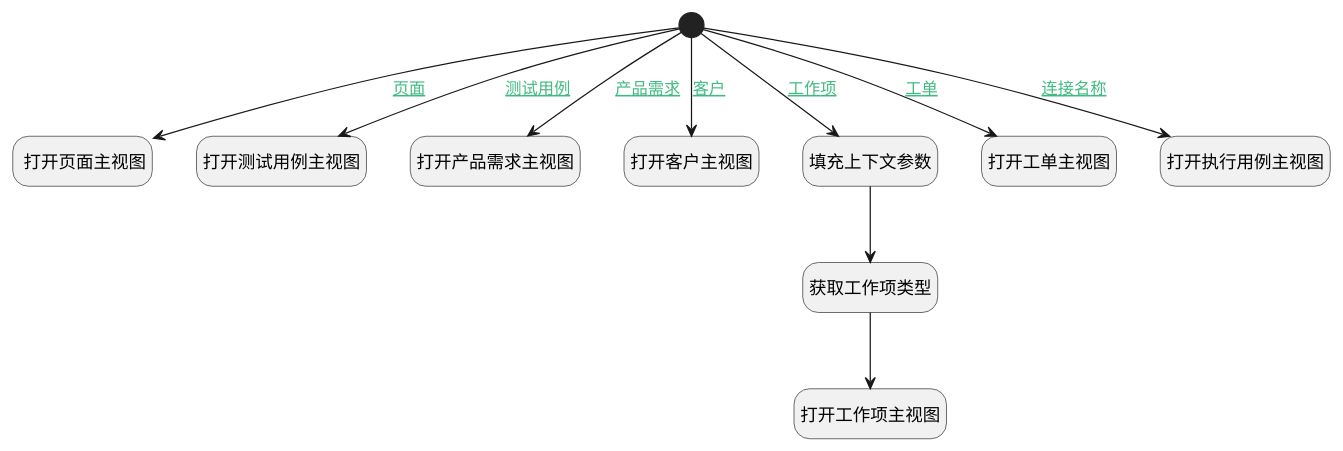
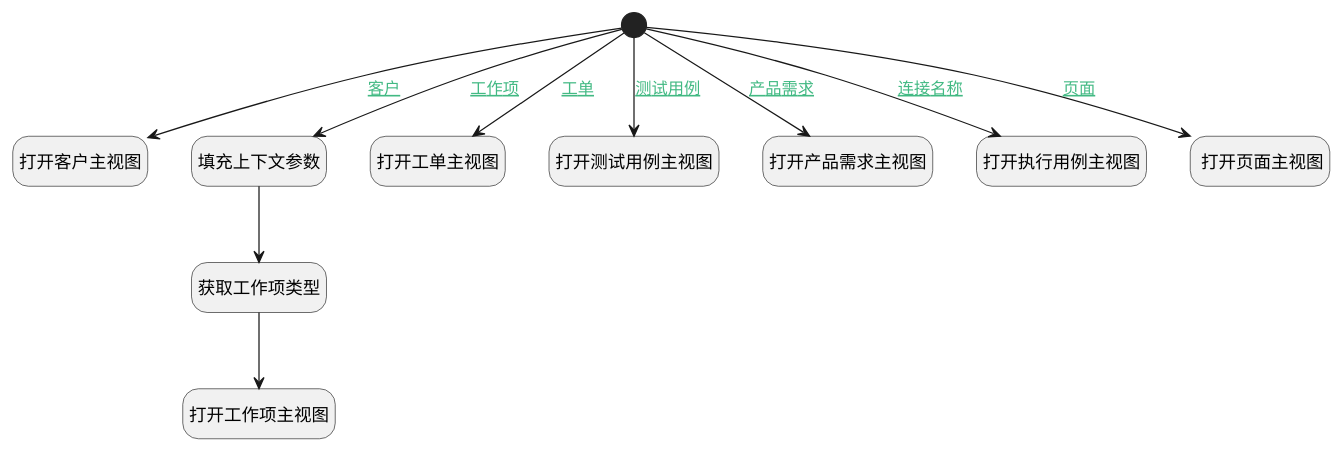
Before and after one commit to iBizLab/plm: the diagram in doc/docsify/module/Base/search_comment/uilogic/open_main_view.md, drawn with PlantUML. The commit also changed other lines of this file and 1276 other files, not shown here.

````diff
--- a/doc/docsify/module/Base/search_comment/uilogic/open_main_view.md
+++ b/doc/docsify/module/Base/search_comment/uilogic/open_main_view.md
@@ -7,35 +7,35 @@
 ```plantuml
 @startuml
 hide footbox
 <style>
 root {
   HyperlinkColor #42b983
 }
 </style>
 
 hide empty description
 state "开始" as Begin <<start>> [[$./open_main_view#begin {开始}]]
-state " 打开页面主视图" as DEUIACTION6  [[$./open_main_view#deuiaction6 { 打开页面主视图}]]
-state "打开工作项主视图" as DEUIACTION1  [[$./open_main_view#deuiaction1 {打开工作项主视图}]]
-state "打开测试用例主视图" as DEUIACTION2  [[$./open_main_view#deuiaction2 {打开测试用例主视图}]]
 state "获取工作项类型" as DEACTION1  [[$./open_main_view#deaction1 {获取工作项类型}]]
-state "打开产品需求主视图" as DEUIACTION3  [[$./open_main_view#deuiaction3 {打开产品需求主视图}]]
 state "打开客户主视图" as DEUIACTION5  [[$./open_main_view#deuiaction5 {打开客户主视图}]]
 state "填充上下文参数" as PREPAREJSPARAM1  [[$./open_main_view#preparejsparam1 {填充上下文参数}]]
 state "打开工单主视图" as DEUIACTION4  [[$./open_main_view#deuiaction4 {打开工单主视图}]]
+state "打开测试用例主视图" as DEUIACTION2  [[$./open_main_view#deuiaction2 {打开测试用例主视图}]]
+state "打开工作项主视图" as DEUIACTION1  [[$./open_main_view#deuiaction1 {打开工作项主视图}]]
+state "打开产品需求主视图" as DEUIACTION3  [[$./open_main_view#deuiaction3 {打开产品需求主视图}]]
 state "打开执行用例主视图" as DEUIACTION7  [[$./open_main_view#deuiaction7 {打开执行用例主视图}]]
+state " 打开页面主视图" as DEUIACTION6  [[$./open_main_view#deuiaction6 { 打开页面主视图}]]
 
 
 Begin --> PREPAREJSPARAM1 : [[$./open_main_view#begin-preparejsparam1{工作项} 工作项]]
 PREPAREJSPARAM1 --> DEACTION1
 DEACTION1 --> DEUIACTION1
 Begin --> DEUIACTION2 : [[$./open_main_view#begin-deuiaction2{测试用例} 测试用例]]
 Begin --> DEUIACTION3 : [[$./open_main_view#begin-deuiaction3{产品需求} 产品需求]]
 Begin --> DEUIACTION4 : [[$./open_main_view#begin-deuiaction4{工单} 工单]]
 Begin --> DEUIACTION5 : [[$./open_main_view#begin-deuiaction5{客户} 客户]]
 Begin --> DEUIACTION6 : [[$./open_main_view#begin-deuiaction6{页面} 页面]]
 Begin --> DEUIACTION7 : [[$./open_main_view#begin-deuiaction7{连接名称} 连接名称]]
 
 
 @enduml
 ```
````
